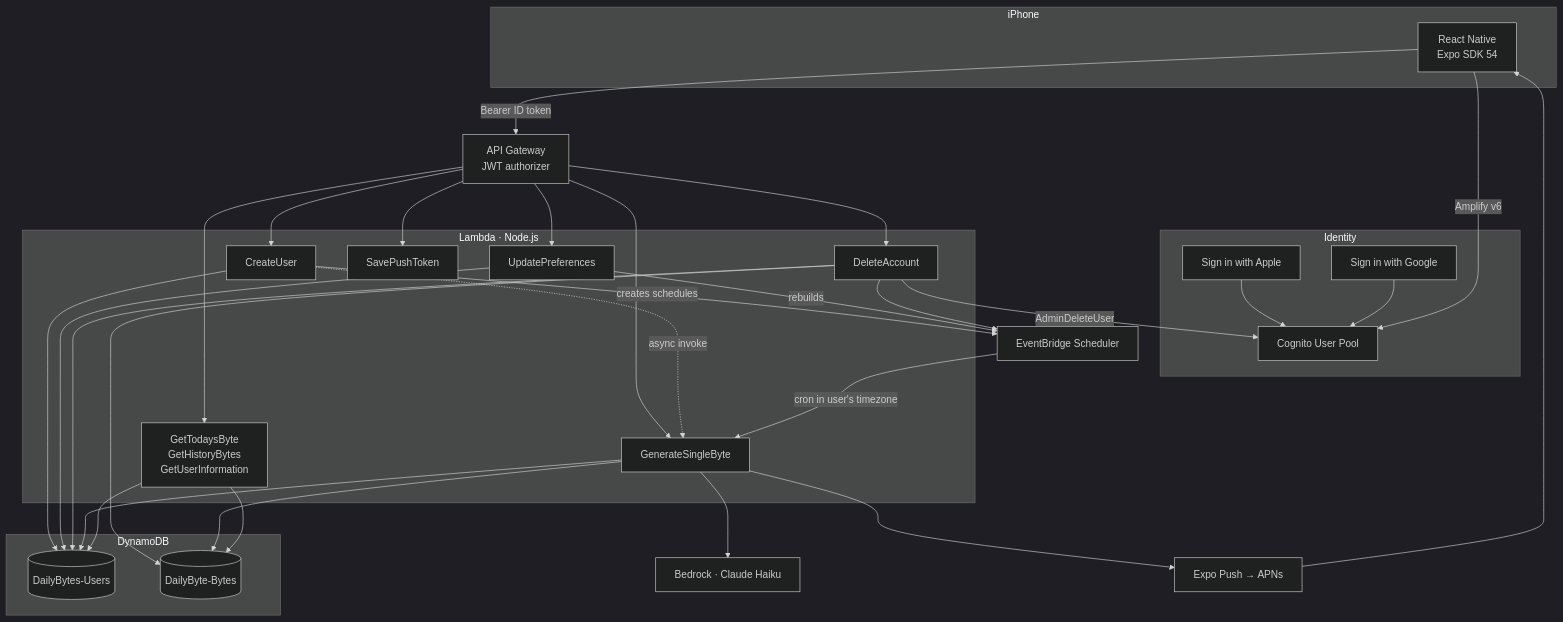
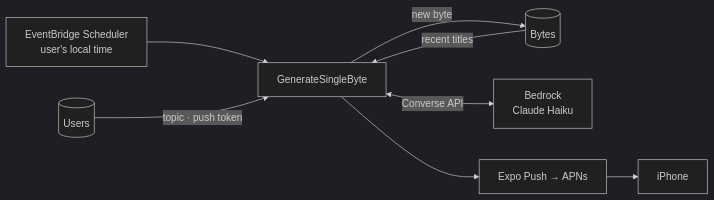
One commit to arshiaadamian/DailyByte changed the first of 2 diagrams in README.md. Above: the diagram before and after it, drawn with Mermaid (dark theme). The commit also changed other lines of this file, not shown here.

Commit message:
updated README.md file

````diff
--- a/README.md
+++ b/README.md
@@ -59,56 +63,9 @@
 ```mermaid
-flowchart TB
-    subgraph device["iPhone"]
-        RN["React Native<br/>Expo SDK 54"]
-    end
-
-    subgraph identity["Identity"]
-        COG["Cognito User Pool"]
-        APPLE["Sign in with Apple"]
-        GOOG["Sign in with Google"]
-    end
-
-    APIGW["API Gateway<br/>JWT authorizer"]
-
-    subgraph compute["Lambda · Node.js"]
-        CREATE["CreateUser"]
-        GEN["GenerateSingleByte"]
-        READS["GetTodaysByte<br/>GetHistoryBytes<br/>GetUserInformation"]
-        PREFS["UpdatePreferences"]
-        TOKEN["SavePushToken"]
-        DEL["DeleteAccount"]
-    end
-
-    subgraph data["DynamoDB"]
-        USERS[("DailyBytes-Users")]
-        BYTES[("DailyByte-Bytes")]
-    end
-
-    EB["EventBridge Scheduler"]
-    BR["Bedrock · Claude Haiku"]
-    PUSH["Expo Push → APNs"]
-
-    APPLE --> COG
-    GOOG --> COG
-    RN -->|Amplify v6| COG
-    RN -->|Bearer ID token| APIGW
-    APIGW --> CREATE & GEN & READS & PREFS & TOKEN & DEL
-
-    CREATE --> USERS
-    CREATE -->|creates schedules| EB
-    CREATE -.->|async invoke| GEN
-    PREFS --> USERS
-    PREFS -->|rebuilds| EB
-    DEL --> USERS & BYTES
-    DEL --> EB
-    DEL -->|AdminDeleteUser| COG
-
-    EB -->|"cron in user's timezone"| GEN
-    GEN --> USERS
-    GEN --> BR
-    GEN --> BYTES
-    GEN --> PUSH
-    PUSH --> RN
-
-    READS --> BYTES & USERS
+flowchart LR
+    EB["EventBridge Scheduler<br/>user's local time"] --> GEN["GenerateSingleByte"]
+    USERS[("Users")] -->|"topic · push token"| GEN
+    BYTES[("Bytes")] -->|"recent titles"| GEN
+    GEN <-->|"Converse API"| BR["Bedrock<br/>Claude Haiku"]
+    GEN -->|"new byte"| BYTES
+    GEN --> PUSH["Expo Push → APNs"] --> RN["iPhone"]
 ```
````
